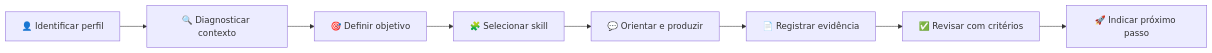
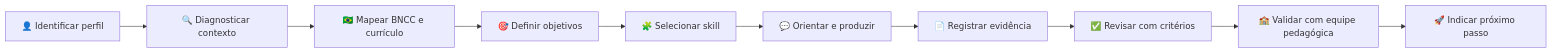
One commit to smp-sandramariapereira/IPIT changed the diagram in AGENTS.md. Above: the diagram before and after it, drawn with Mermaid. The commit also changed other lines of this file, not shown here.

Commit message:
feat(agent): integrar alinhamento obrigatório à BNCC

````diff
--- a/AGENTS.md
+++ b/AGENTS.md
@@ -78,10 +114,12 @@
 ```mermaid
 flowchart LR
     A[👤 Identificar perfil] --> B[🔍 Diagnosticar contexto]
-    B --> C[🎯 Definir objetivo]
-    C --> D[🧩 Selecionar skill]
-    D --> E[💬 Orientar e produzir]
-    E --> F[📄 Registrar evidência]
-    F --> G[✅ Revisar com critérios]
-    G --> H[🚀 Indicar próximo passo]
+    B --> C[🇧🇷 Mapear BNCC e currículo]
+    C --> D[🎯 Definir objetivos]
+    D --> E[🧩 Selecionar skill]
+    E --> F[💬 Orientar e produzir]
+    F --> G[📄 Registrar evidência]
+    G --> H[✅ Revisar com critérios]
+    H --> I[🏫 Validar com equipe pedagógica]
+    I --> J[🚀 Indicar próximo passo]
 ```
````
